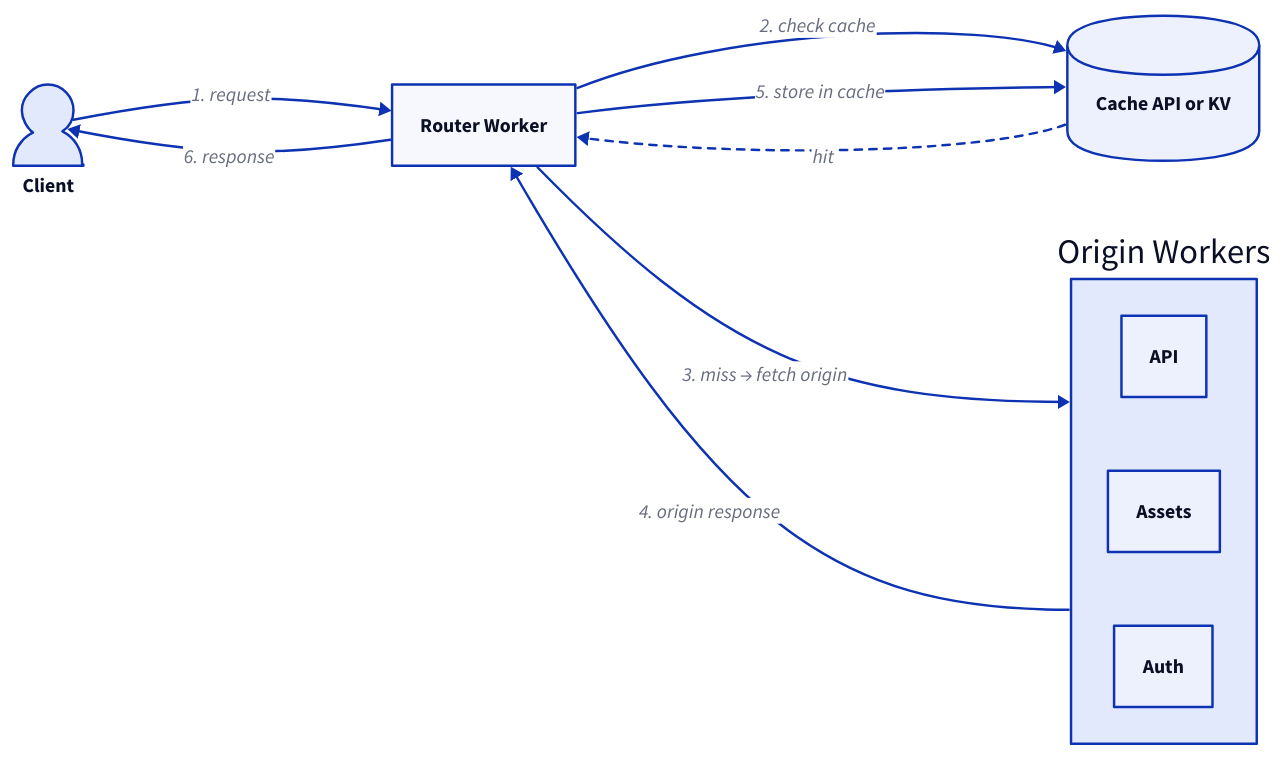
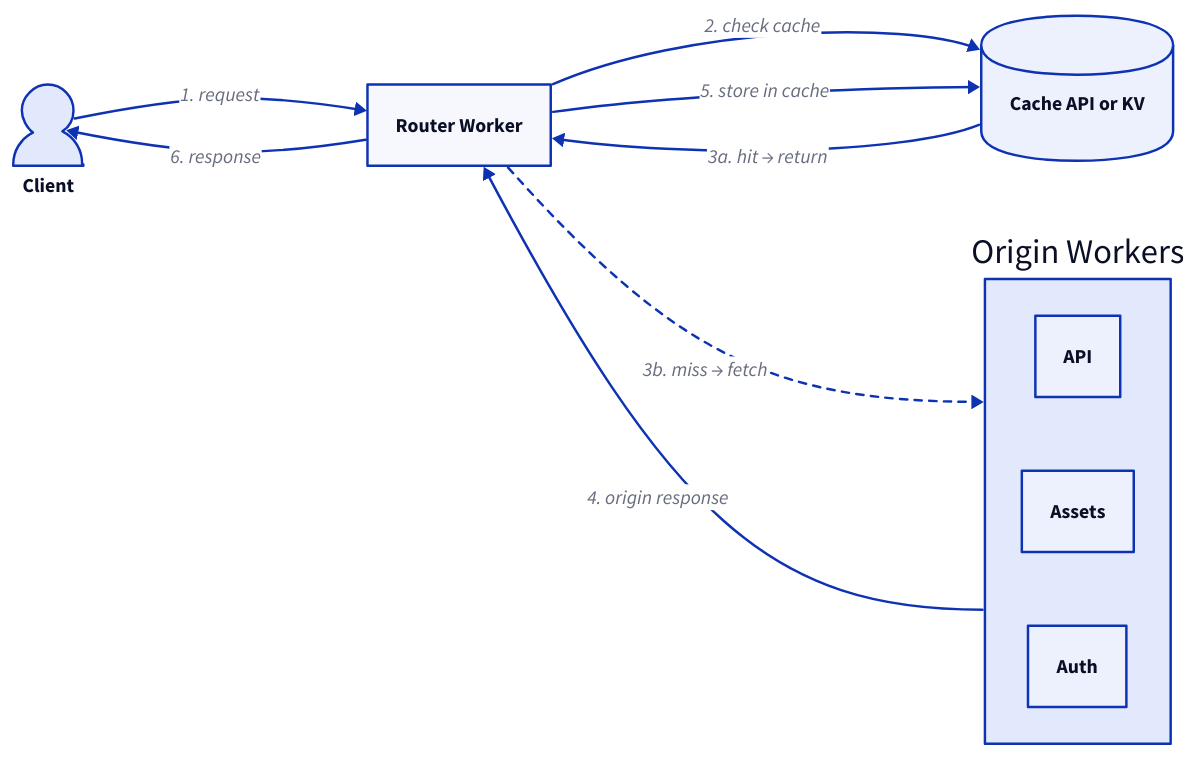
The fifth of 6 diagrams in src/content/docs/reference/caching.mdx (erfianugrah/lexicanum), drawn with D2 before and after one commit. The commit also changed other lines of this file, not shown here.

First line of the commit message:
docs: fix diagram accuracy and restore KV commitment Aside

````diff
--- a/src/content/docs/reference/caching.mdx
+++ b/src/content/docs/reference/caching.mdx
@@ -841,21 +846,21 @@
 ```d2
 direction: right
 
 client: Client {shape: person}
 router: Router Worker
 cache: Cache API or KV {shape: cylinder}
 
 origins: Origin Workers {
   api: API
   assets: Assets
   auth: Auth
 }
 
 client -> router: 1. request
 router -> cache: 2. check cache
-cache -> router: hit {style.stroke-dash: 3}
-router -> origins: 3. miss → fetch origin
+cache -> router: 3a. hit → return
+router -> origins: 3b. miss → fetch {style.stroke-dash: 3}
 origins -> router: 4. origin response
 router -> cache: 5. store in cache
 router -> client: 6. response
 ```
````
